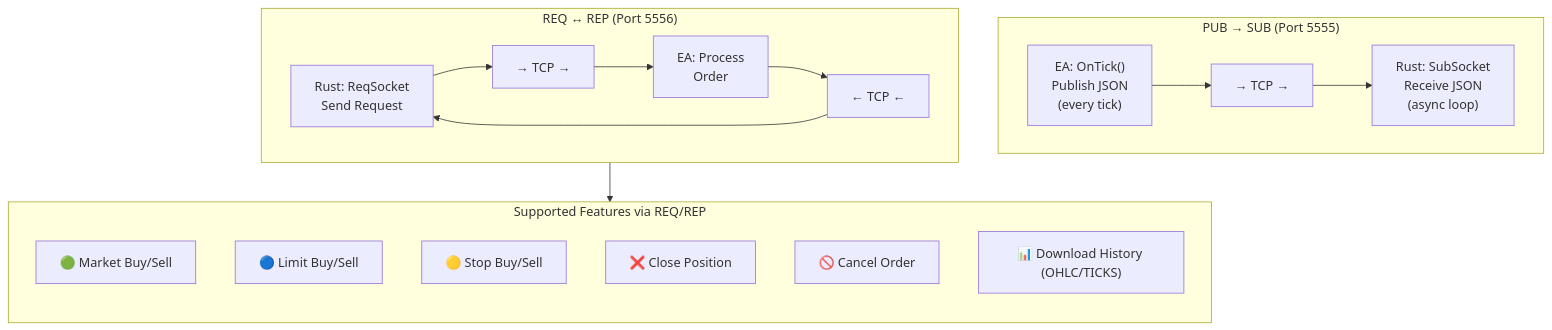
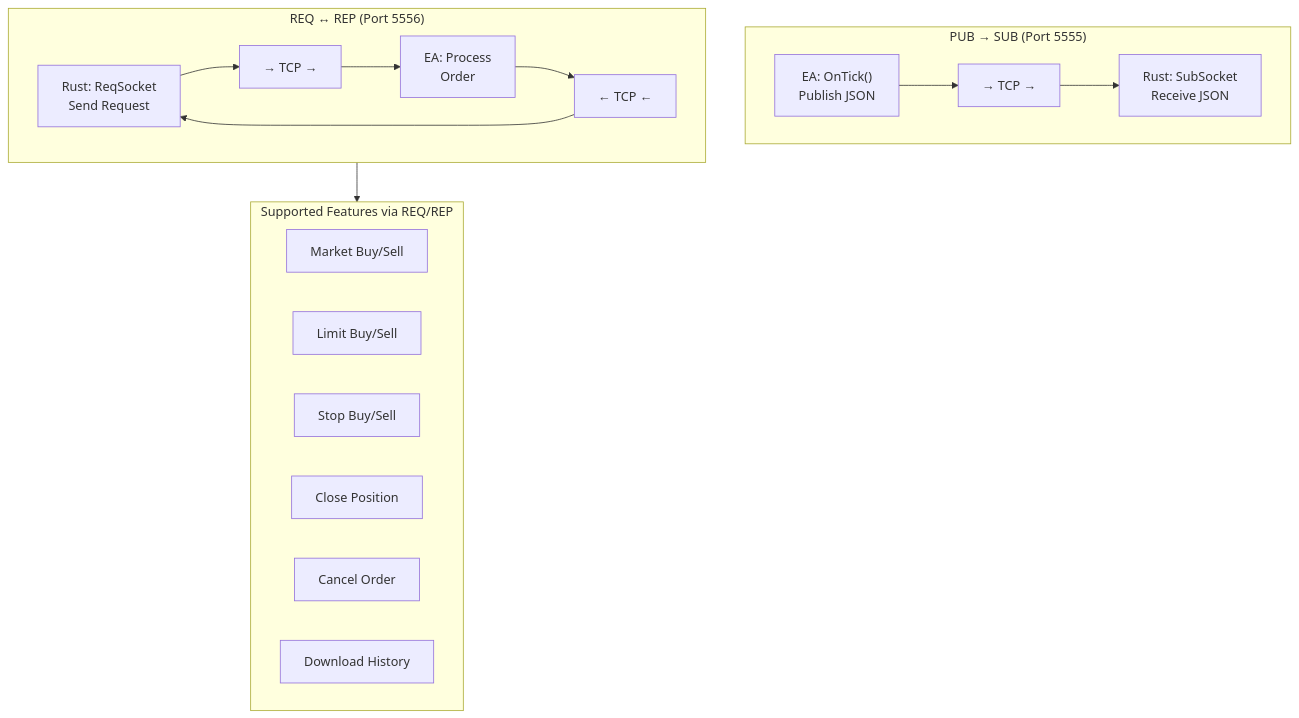
One commit to algorembrant/SUM3API changed the sixth of 8 diagrams in MQL5-Rustmt5-chart-Documentation.md. Above: the diagram before and after it, drawn with Mermaid. The commit also changed other lines of this file, not shown here.

````diff
--- a/MQL5-Rustmt5-chart-Documentation.md
+++ b/MQL5-Rustmt5-chart-Documentation.md
@@ -583,34 +317,33 @@
 ```mermaid
 flowchart TB
     subgraph PUB_SUB["PUB → SUB (Port 5555)"]
         direction LR
-        EA_PUB["EA: OnTick()<br/>Publish JSON<br/>(every tick)"]
+        EA_PUB["EA: OnTick()<br/>Publish JSON"]
         ARROW1["→ TCP →"]
-        RUST_SUB["Rust: SubSocket<br/>Receive JSON<br/>(async loop)"]
+        RUST_SUB["Rust: SubSocket<br/>Receive JSON"]
         
         EA_PUB --> ARROW1 --> RUST_SUB
     end
     
     subgraph REQ_REP["REQ ↔ REP (Port 5556)"]
         direction LR
         RUST_REQ["Rust: ReqSocket<br/>Send Request"]
         ARROW2["→ TCP →"]
         EA_REP["EA: Process<br/>Order"]
         ARROW3["← TCP ←"]
         
         RUST_REQ --> ARROW2 --> EA_REP
         EA_REP --> ARROW3 --> RUST_REQ
     end
     
     subgraph FEATURES["Supported Features via REQ/REP"]
-        direction TB
-        F1["🟢 Market Buy/Sell"]
-        F2["🔵 Limit Buy/Sell"]
-        F3["🟡 Stop Buy/Sell"]
-        F4["❌ Close Position"]
-        F5["🚫 Cancel Order"]
-        F6["📊 Download History (OHLC/TICKS)"]
+        F1["Market Buy/Sell"]
+        F2["Limit Buy/Sell"]
+        F3["Stop Buy/Sell"]
+        F4["Close Position"]
+        F5["Cancel Order"]
+        F6["Download History"]
     end
     
     REQ_REP --> FEATURES
 ```
````
